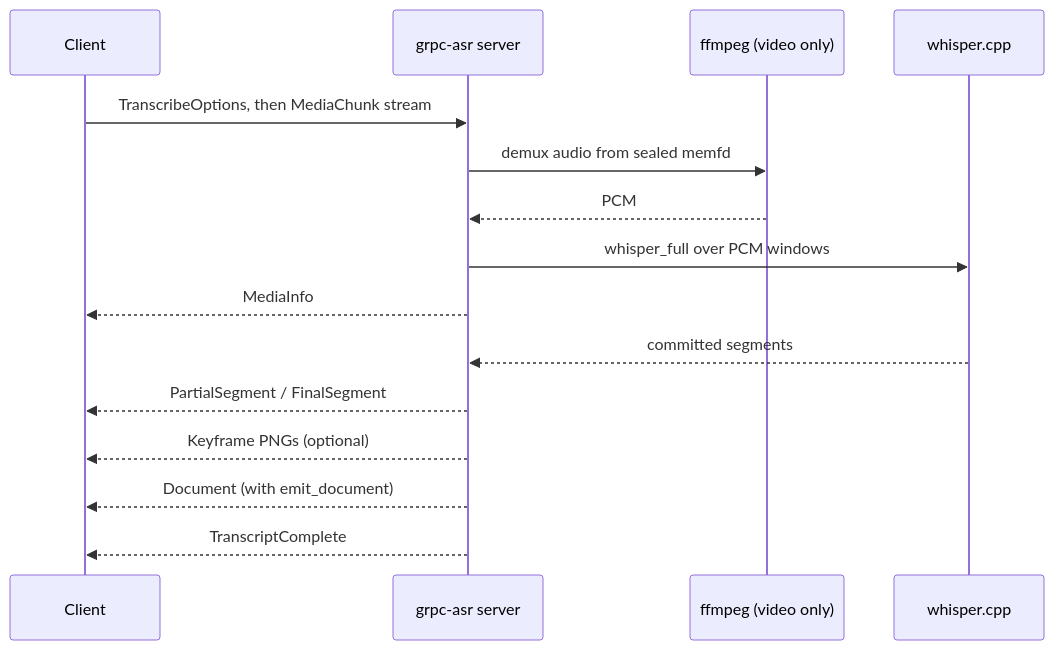
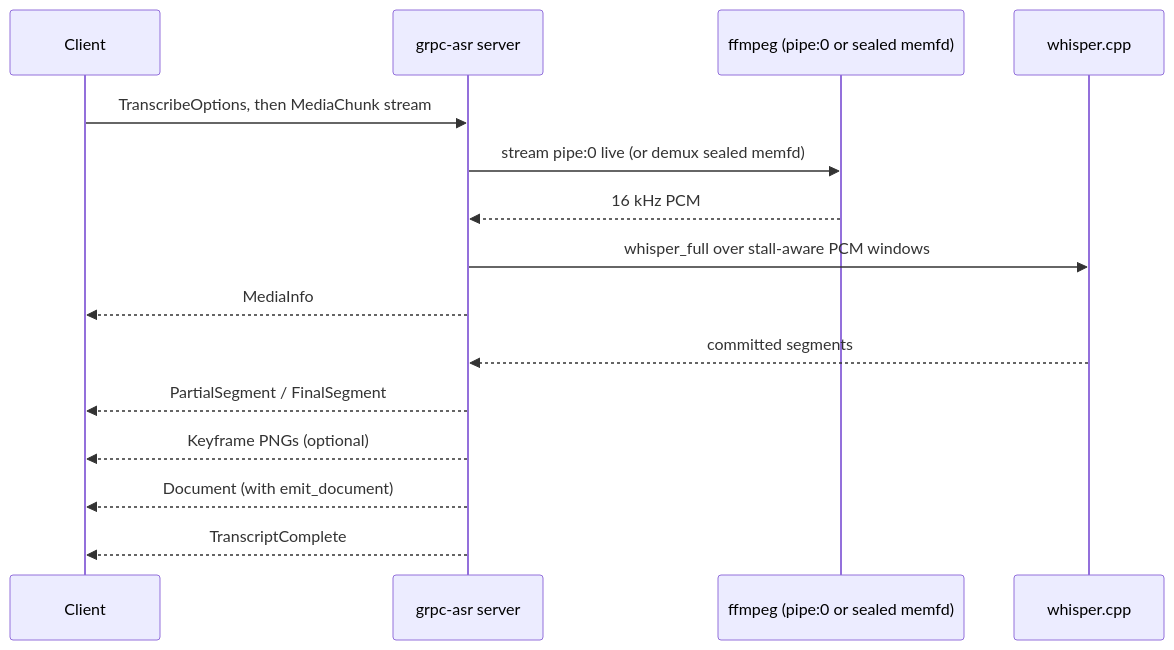
The diagram in README.md (ai-pipestream/grpc-asr), drawn with Mermaid before and after one commit. The commit also changed other lines of this file and 39 other files, not shown here.

````diff
--- a/README.md
+++ b/README.md
@@ -13,17 +15,17 @@
 ```mermaid
 sequenceDiagram
     participant C as Client
     participant S as grpc-asr server
-    participant F as ffmpeg (video only)
+    participant F as ffmpeg (pipe:0 or sealed memfd)
     participant W as whisper.cpp
     C->>S: TranscribeOptions, then MediaChunk stream
-    S->>F: demux audio from sealed memfd
-    F-->>S: PCM
-    S->>W: whisper_full over PCM windows
+    S->>F: stream pipe:0 live (or demux sealed memfd)
+    F-->>S: 16 kHz PCM
+    S->>W: whisper_full over stall-aware PCM windows
     S-->>C: MediaInfo
     W-->>S: committed segments
     S-->>C: PartialSegment / FinalSegment
     S-->>C: Keyframe PNGs (optional)
     S-->>C: Document (with emit_document)
     S-->>C: TranscriptComplete
 ```
````
